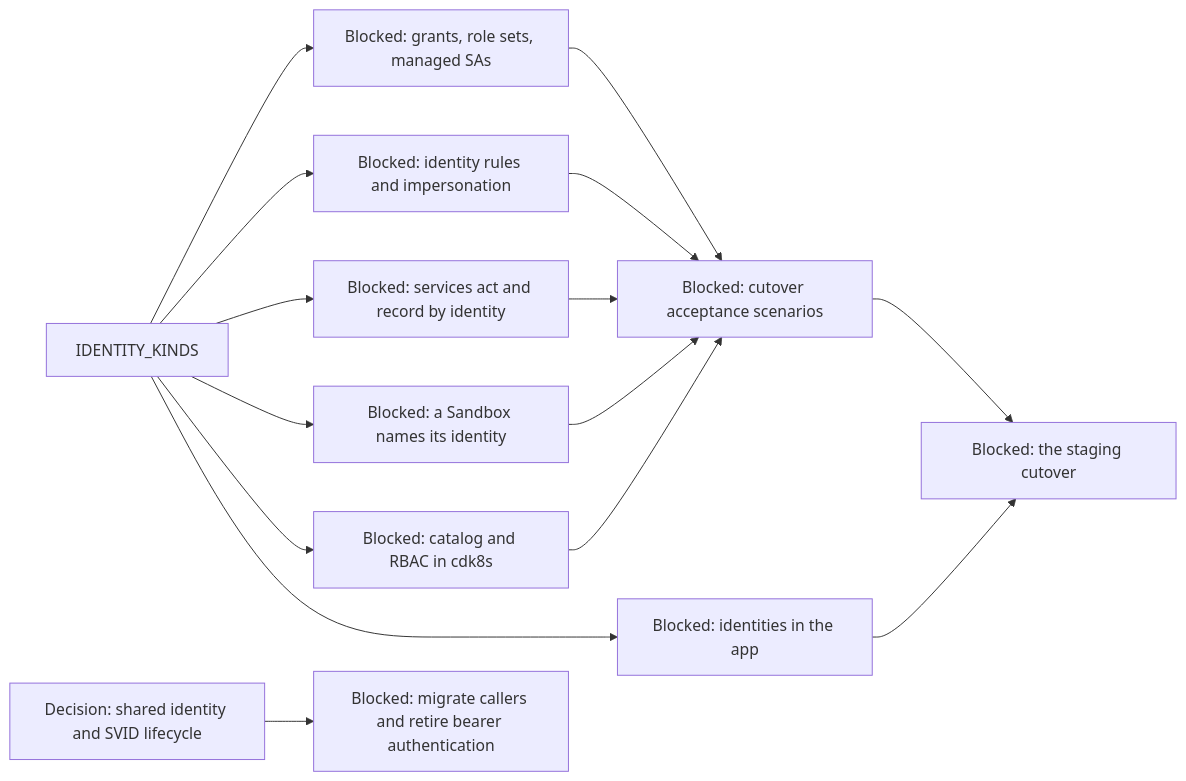
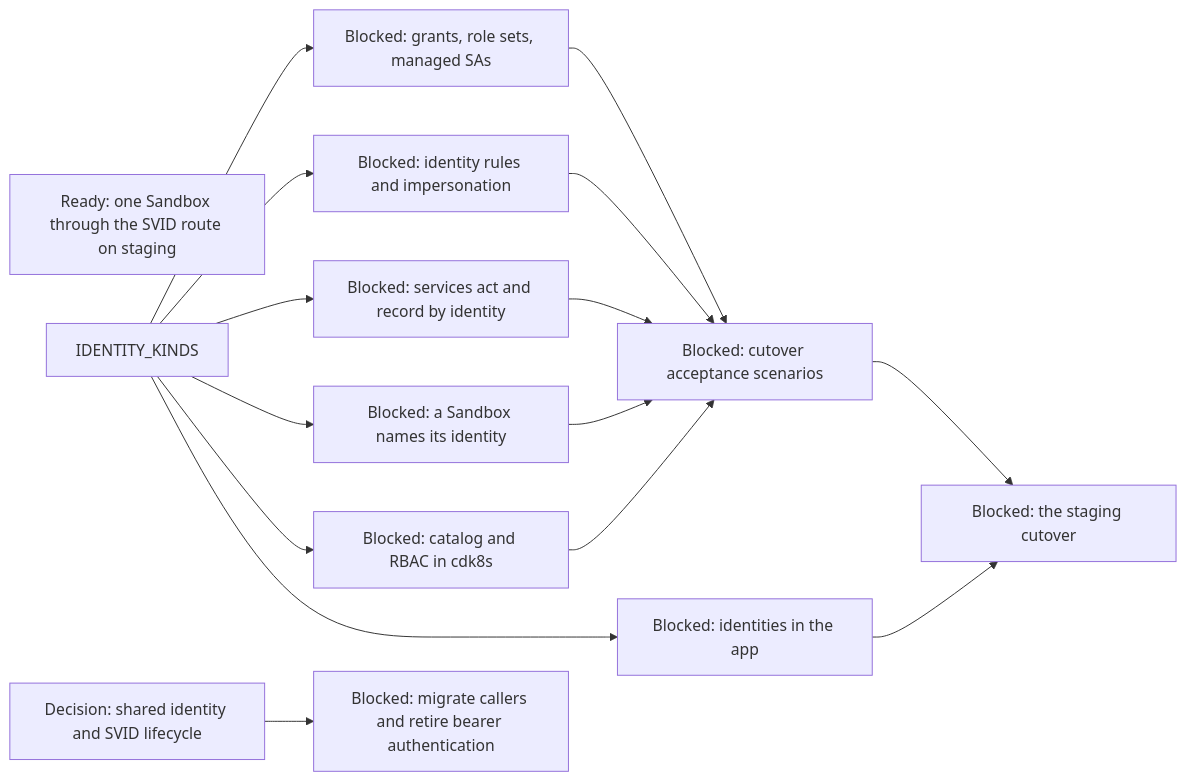
Before and after one commit to agentydragon/ducktape: diagram 17 of 19 in agentplane/plans/task_dag.md, drawn with Mermaid. The commit also changed other lines of this file and 8 other files, not shown here.

````diff
--- a/agentplane/plans/task_dag.md
+++ b/agentplane/plans/task_dag.md
@@ -3036,17 +3044,18 @@
 ```mermaid
 flowchart LR
+    SVID_STAGING_CHECK[Ready: one Sandbox through the SVID route on staging]
     IDENTITY_KINDS --> POLICY_GRANTS[Blocked: grants, role sets, managed SAs]
     IDENTITY_KINDS --> EGRESS_IDENTITY_RULES[Blocked: identity rules and impersonation]
     IDENTITY_KINDS --> SERVICES_IDENTITY_PRINCIPAL[Blocked: services act and record by identity]
     IDENTITY_KINDS --> SANDBOX_IDENTITY_SPEC[Blocked: a Sandbox names its identity]
     IDENTITY_KINDS --> IDENTITY_CATALOG[Blocked: catalog and RBAC in cdk8s]
     IDENTITY_KINDS --> APP_IDENTITIES_UI[Blocked: identities in the app]
     WORKLOAD_IDENTITY_LIFECYCLE_DESIGN[Decision: shared identity and SVID lifecycle] --> WORKLOAD_AUTH_CUTOVER[Blocked: migrate callers and retire bearer authentication]
     POLICY_GRANTS --> IDENTITY_SYSTEM_TESTS[Blocked: cutover acceptance scenarios]
     EGRESS_IDENTITY_RULES --> IDENTITY_SYSTEM_TESTS
     SERVICES_IDENTITY_PRINCIPAL --> IDENTITY_SYSTEM_TESTS
     SANDBOX_IDENTITY_SPEC --> IDENTITY_SYSTEM_TESTS
     IDENTITY_CATALOG --> IDENTITY_SYSTEM_TESTS
     IDENTITY_SYSTEM_TESTS --> IDENTITY_CUTOVER[Blocked: the staging cutover]
     APP_IDENTITIES_UI --> IDENTITY_CUTOVER
 ```
````
